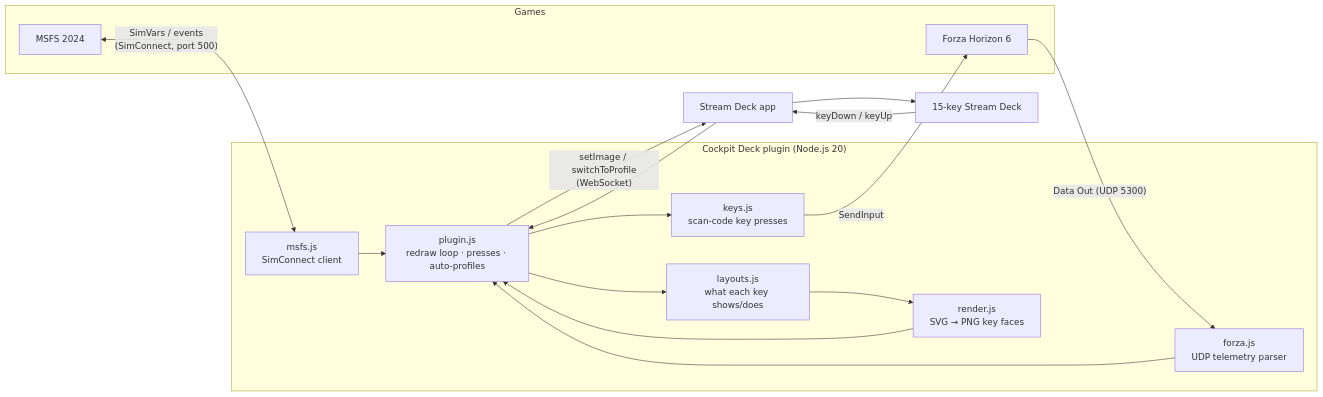
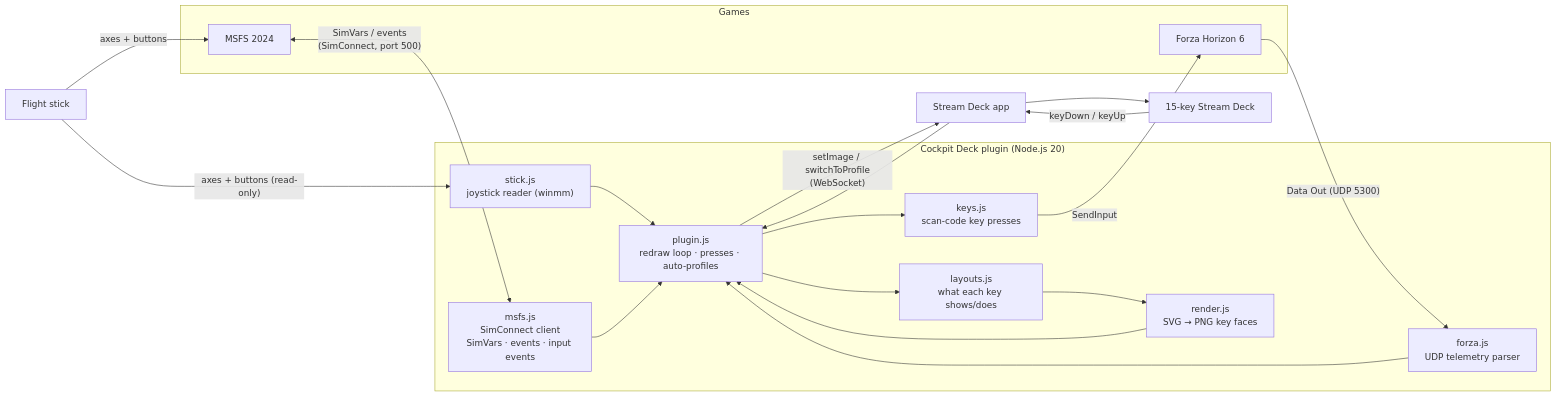
The diagram in README.md (PantMSO/cockpit-deck), drawn with Mermaid before and after one commit. The commit also changed other lines of this file and 22 other files, not shown here.

First line of the commit message:
Cockpit Deck 1.1.1: Cessna 172 Skyhawk pages and flight stick support

````diff
--- a/README.md
+++ b/README.md
@@ -317,26 +452,30 @@
 ```mermaid
 flowchart LR
     subgraph Games
         MSFS["MSFS 2024"]
         FH6["Forza Horizon 6"]
     end
+    STICKHW["Flight stick"]
     subgraph Plugin["Cockpit Deck plugin (Node.js 20)"]
-        SC["msfs.js<br/>SimConnect client"]
+        STK["stick.js<br/>joystick reader (winmm)"]
+        SC["msfs.js<br/>SimConnect client<br/>SimVars · events · input events"]
         UDP["forza.js<br/>UDP telemetry parser"]
         LAY["layouts.js<br/>what each key shows/does"]
         REN["render.js<br/>SVG → PNG key faces"]
         KEYS["keys.js<br/>scan-code key presses"]
         CORE["plugin.js<br/>redraw loop · presses · auto-profiles"]
     end
     SD["Stream Deck app"]
     DECK["15-key Stream Deck"]
 
     MSFS <-- "SimVars / events<br/>(SimConnect, port 500)" --> SC
+    STICKHW -- "axes + buttons" --> MSFS
+    STICKHW -- "axes + buttons (read-only)" --> STK --> CORE
     FH6 -- "Data Out (UDP 5300)" --> UDP
     SC --> CORE
     UDP --> CORE
     CORE --> LAY --> REN --> CORE
     CORE -- "setImage / switchToProfile<br/>(WebSocket)" --> SD --> DECK
     DECK -- "keyDown / keyUp" --> SD --> CORE
     CORE --> KEYS -- "SendInput" --> FH6
 ```
````
